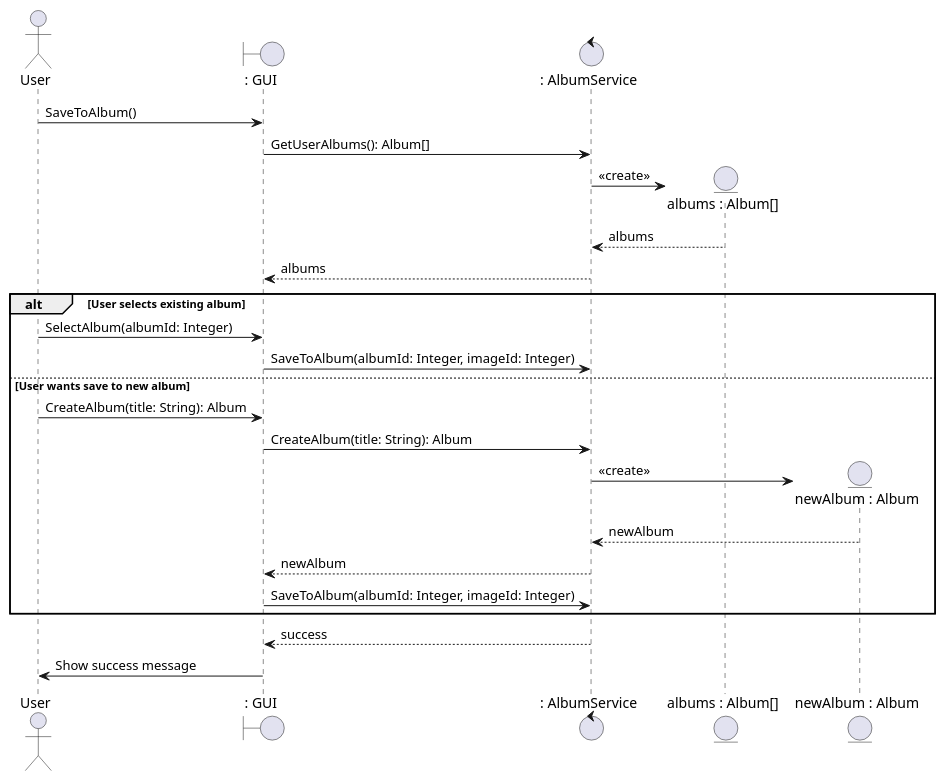
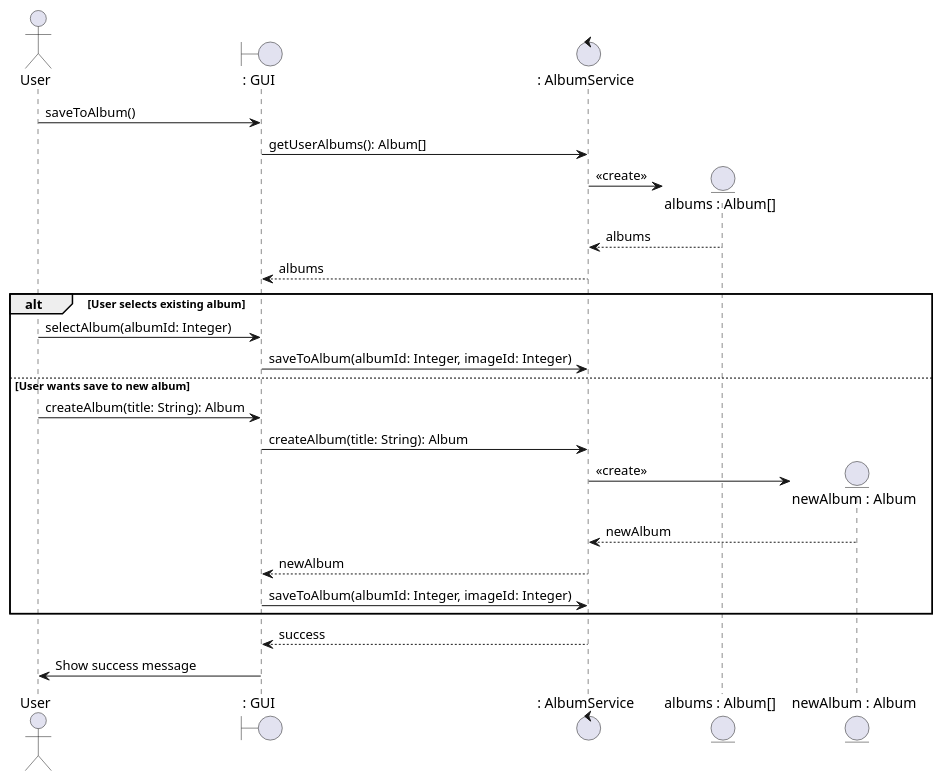
The diagram in docs/user-add-image-to-album-extended-diagram.plantuml (DustofTimeYT/DropDatabase), drawn with PlantUML before and after one commit. The commit also changed 1 other file, not shown here.

Commit message:
Поменял названия методов в диаграммах, чтобы следовать camelCase

```diff
--- a/docs/user-add-image-to-album-extended-diagram.plantuml
+++ b/docs/user-add-image-to-album-extended-diagram.plantuml
@@ -1,30 +1,30 @@
 @startuml
 
 actor "User" as u
 boundary ": GUI" as page
 control ": AlbumService" as albumService
 
-u -> page : SaveToAlbum()
-page -> albumService : GetUserAlbums(): Album[]
+u -> page : saveToAlbum()
+page -> albumService : getUserAlbums(): Album[]
 create entity "albums : Album[]" as albums
 albumService -> albums : <<create>>
 albums --> albumService : albums
 albumService --> page : albums
 
 alt User selects existing album
-    u -> page : SelectAlbum(albumId: Integer)
-    page -> albumService : SaveToAlbum(albumId: Integer, imageId: Integer)
+    u -> page : selectAlbum(albumId: Integer)
+    page -> albumService : saveToAlbum(albumId: Integer, imageId: Integer)
 else User wants save to new album
-    u -> page : CreateAlbum(title: String): Album
-    page -> albumService : CreateAlbum(title: String): Album
+    u -> page : createAlbum(title: String): Album
+    page -> albumService : createAlbum(title: String): Album
     create entity "newAlbum : Album" as newAlbum
     albumService -> newAlbum : <<create>>
     newAlbum --> albumService : newAlbum
     albumService --> page : newAlbum
-    page -> albumService : SaveToAlbum(albumId: Integer, imageId: Integer)
+    page -> albumService : saveToAlbum(albumId: Integer, imageId: Integer)
 end
 
 albumService --> page : success
 page -> u : Show success message
 
 @enduml
```
